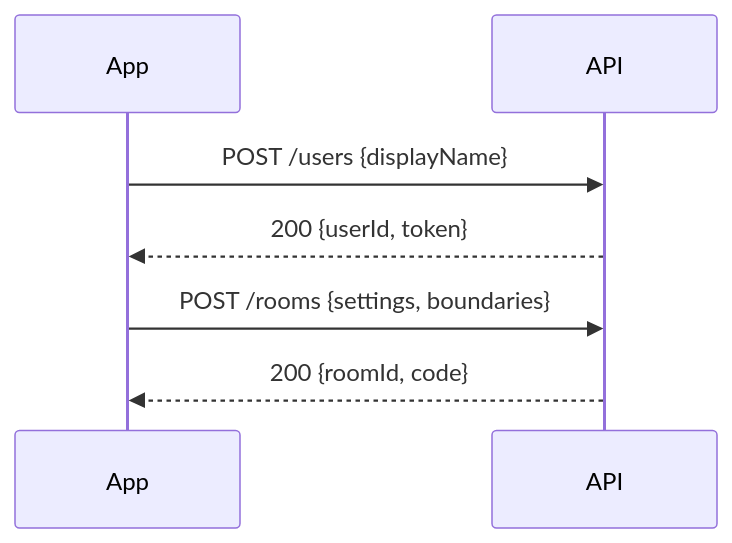
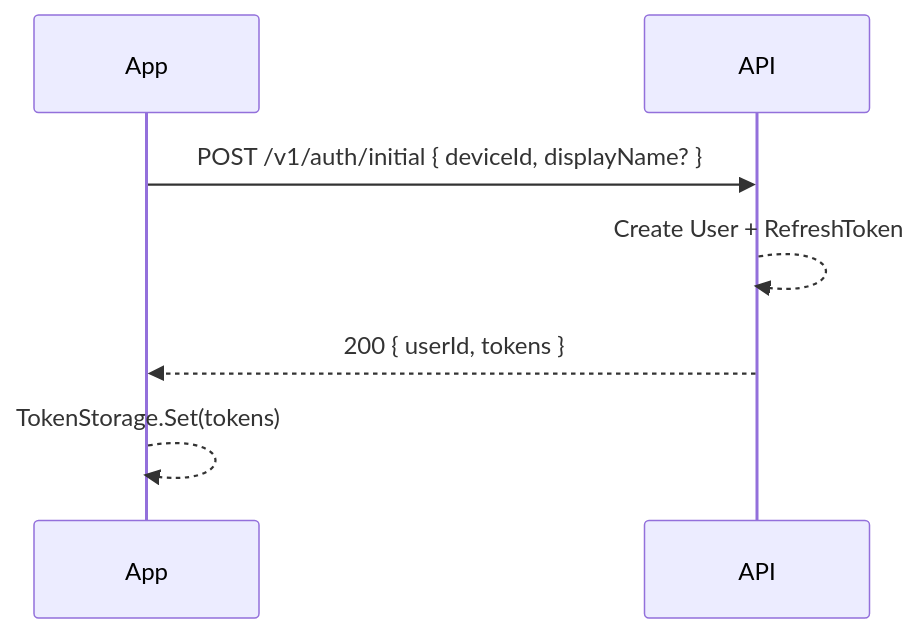
One commit to CodingBase2509/TagGame changed the second of 4 diagrams in docs/12-Diagramme.md. Above: the diagram before and after it, drawn with Mermaid. The commit also changed other lines of this file and 107 other files, not shown here.

First line of the commit message:
client: UserInit tests + i18n; api: validators tests (#151)

````diff
--- a/docs/12-Diagramme.md
+++ b/docs/12-Diagramme.md
@@ -13,9 +25,9 @@
 ```mermaid
 sequenceDiagram
   participant App
   participant API
-  App->>API: POST /users {displayName}
-  API-->>App: 200 {userId, token}
-  App->>API: POST /rooms {settings, boundaries}
-  API-->>App: 200 {roomId, code}
+  App->>API: POST /v1/auth/initial { deviceId, displayName? }
+  API-->>API: Create User + RefreshToken
+  API-->>App: 200 { userId, tokens }
+  App-->>App: TokenStorage.Set(tokens)
 ```
````
